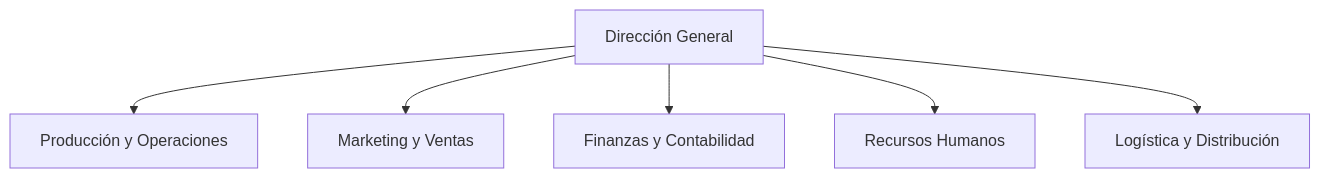
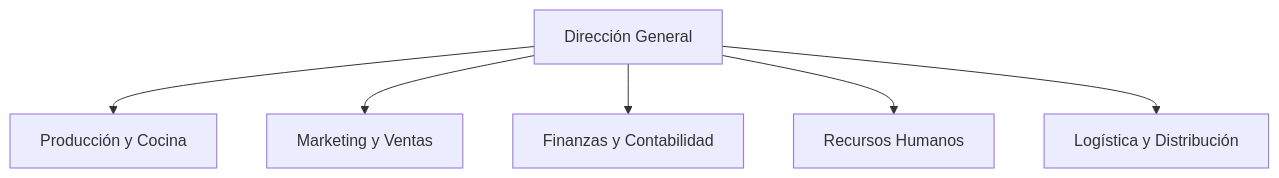
Before and after one commit to aleroses/MaBel: the first of 2 diagrams in Notas.md, drawn with Mermaid. The commit also changed other lines of this file, not shown here.

````diff
--- a/Notas.md
+++ b/Notas.md
@@ -1529,10 +1529,10 @@
 ```mermaid
 flowchart TD
     A[Dirección General] 
     
-    A --> B[Producción y Operaciones]
+    A --> B[Producción y Cocina]
     A --> C[Marketing y Ventas]
     A --> D[Finanzas y Contabilidad]
     A --> E[Recursos Humanos]
     A --> F[Logística y Distribución]
 ```
````
